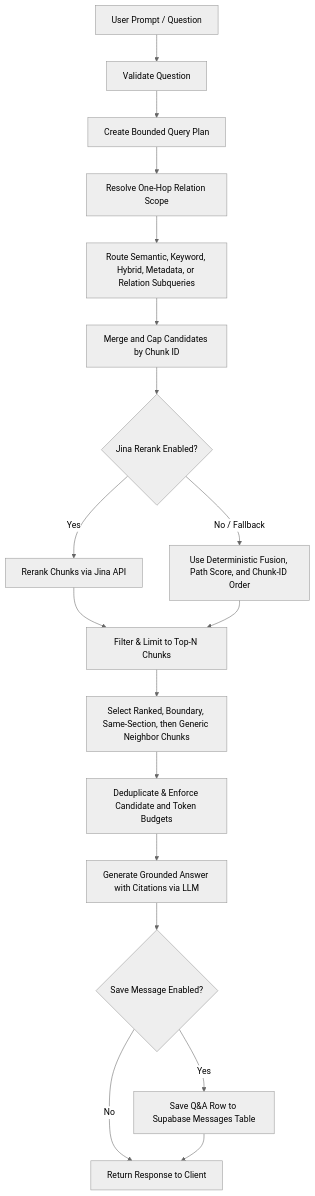
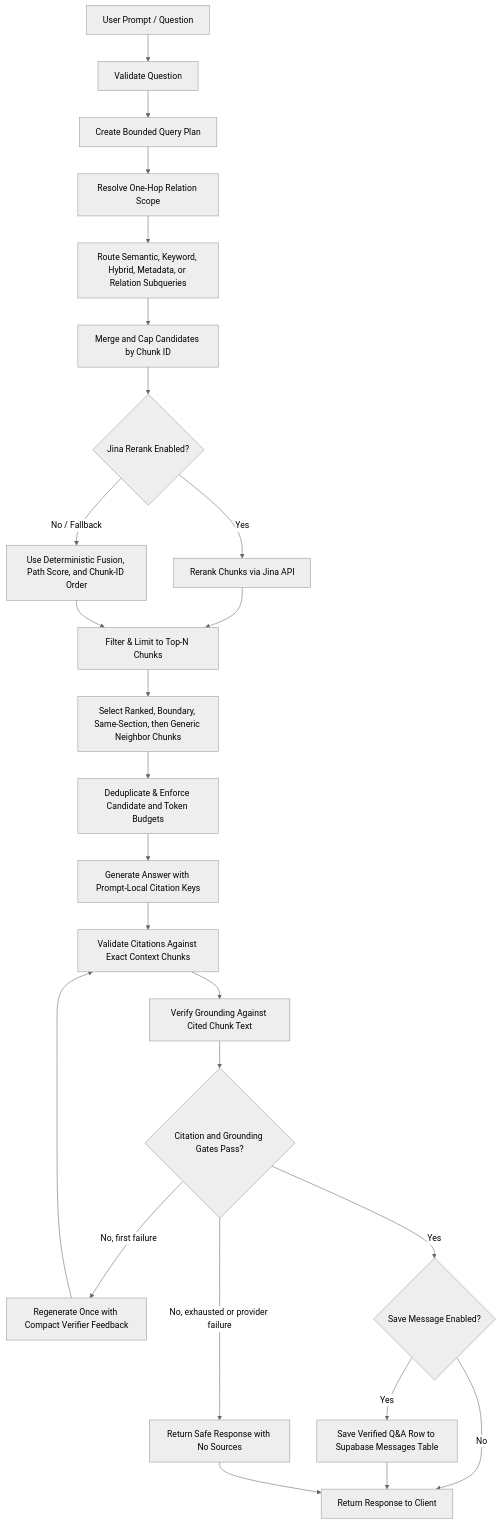
The second of 2 diagrams in README.md (phongka79d/DocumentAgent), drawn with Mermaid (neutral theme) before and after one commit. The commit also changed other lines of this file and 14 other files, not shown here.

````diff
--- a/README.md
+++ b/README.md
@@ -57,20 +57,27 @@
 ```mermaid
 graph TD
     A[User Prompt / Question] --> B[Validate Question]
     B --> C[Create Bounded Query Plan]
     C --> D[Resolve One-Hop Relation Scope]
     D --> E[Route Semantic, Keyword, Hybrid, Metadata, or Relation Subqueries]
     E --> F[Merge and Cap Candidates by Chunk ID]
     F --> G{Jina Rerank Enabled?}
     G -->|Yes| H[Rerank Chunks via Jina API]
     G -->|No / Fallback| I[Use Deterministic Fusion, Path Score, and Chunk-ID Order]
     H --> J[Filter & Limit to Top-N Chunks]
     I --> J
     J --> K[Select Ranked, Boundary, Same-Section, then Generic Neighbor Chunks]
     K --> L[Deduplicate & Enforce Candidate and Token Budgets]
-    L --> M[Generate Grounded Answer with Citations via LLM]
-    M --> N{Save Message Enabled?}
-    N -->|Yes| O[Save Q&A Row to Supabase Messages Table]
-    N -->|No| P[Return Response to Client]
-    O --> P
+    L --> M[Generate Answer with Prompt-Local Citation Keys]
+    M --> N[Validate Citations Against Exact Context Chunks]
+    N --> O[Verify Grounding Against Cited Chunk Text]
+    O --> Q{Citation and Grounding Gates Pass?}
+    Q -->|No, first failure| R[Regenerate Once with Compact Verifier Feedback]
+    R --> N
+    Q -->|No, exhausted or provider failure| S[Return Safe Response with No Sources]
+    Q -->|Yes| T{Save Message Enabled?}
+    T -->|Yes| U[Save Verified Q&A Row to Supabase Messages Table]
+    T -->|No| P[Return Response to Client]
+    U --> P
+    S --> P
 ```
````
